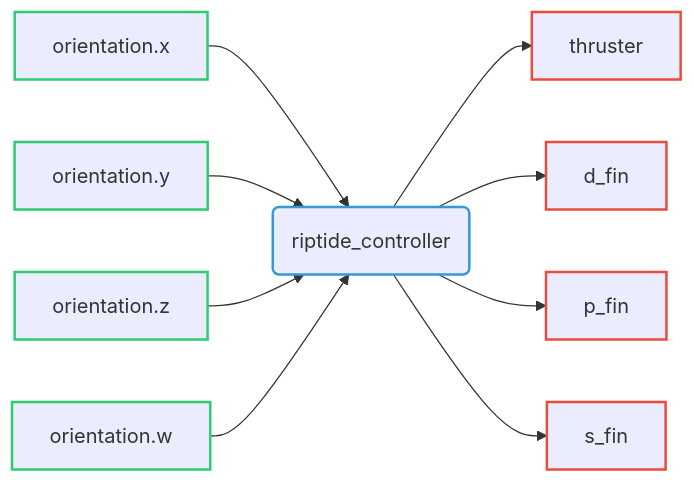
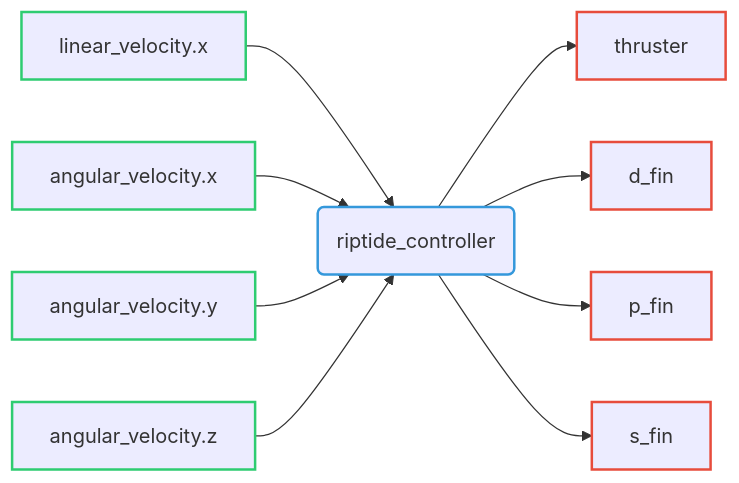
Before and after one commit to Riptide-team/riptide-team.github.io: the diagram in docs/ros2control/controllers/riptide_controller.md, drawn with Mermaid. The commit also changed other lines of this file and 5 other files, not shown here.

````diff
--- a/docs/ros2control/controllers/riptide_controller.md
+++ b/docs/ros2control/controllers/riptide_controller.md
@@ -5,10 +5,10 @@
 ```mermaid
 flowchart LR
-    s1[orientation.x] & s2[orientation.y] & s3[orientation.z] & s4[orientation.w] --> c(riptide_controller) --> c1[thruster] & c2[d_fin] & c3[p_fin] & c4[s_fin]
+    s1[linear_velocity.x] & s2[angular_velocity.x] & s3[angular_velocity.y] & s4[angular_velocity.z] --> c(riptide_controller) --> c1[thruster] & c2[d_fin] & c3[p_fin] & c4[s_fin]
     class s1,s2,s3,s4 state;
     class c1,c2,c3,c4 command;
     class c controller;
     classDef state stroke:#2ecc71,stroke-width:2px;
     classDef controller stroke:#3498db,stroke-width:2px;
     classDef command stroke:#e74c3c,stroke-width:2px;
 ```
````
